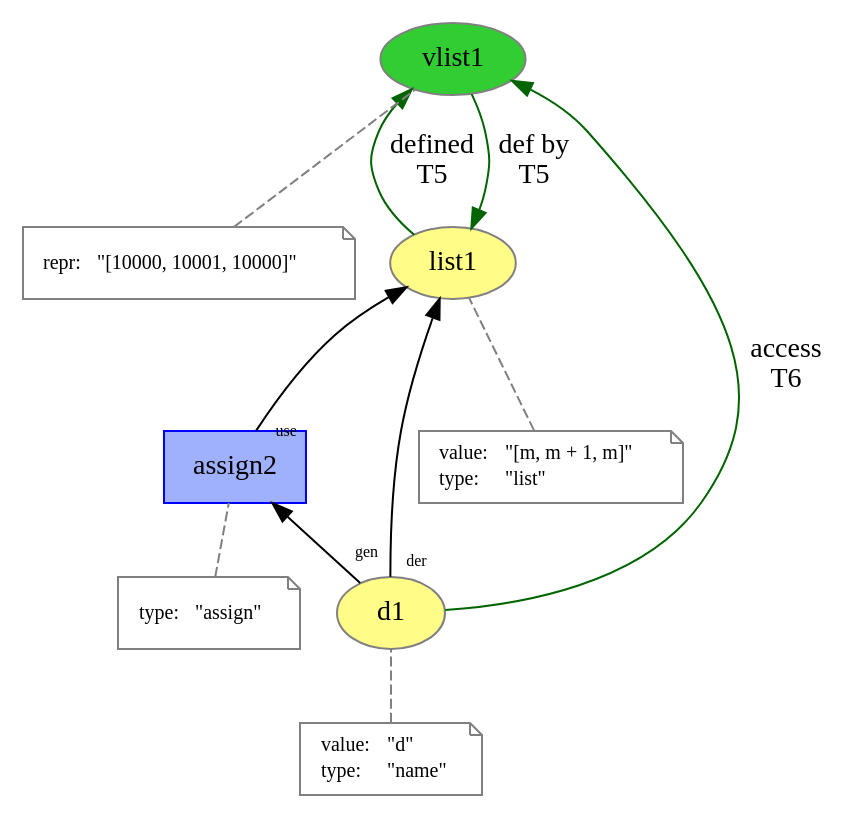
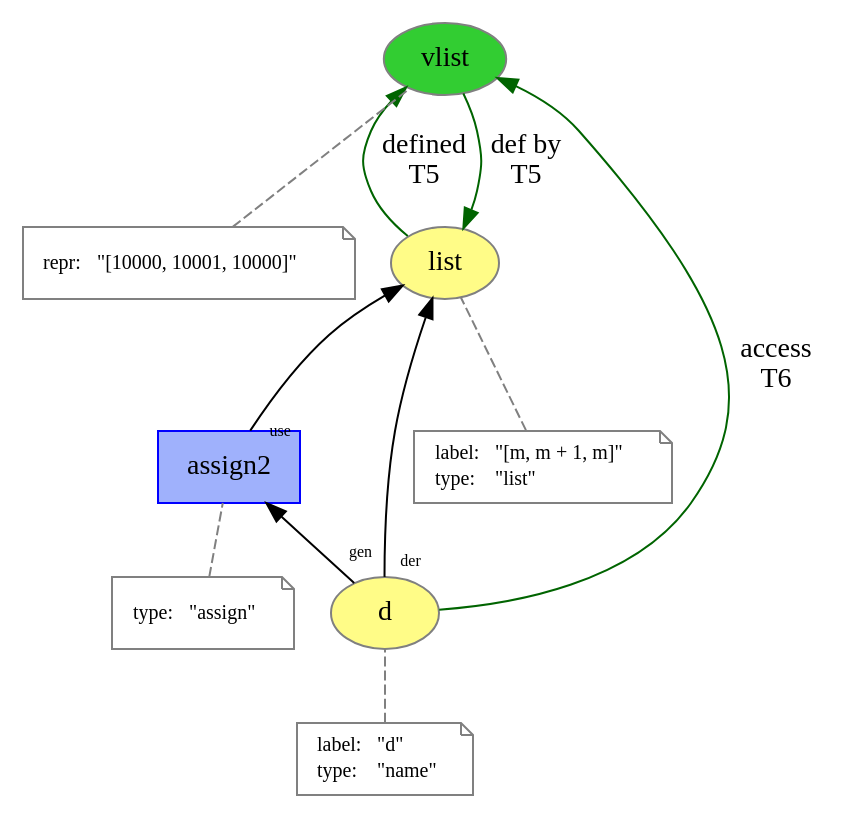
One commit to dew-uff/versioned-prov changed the diagram in mutable_prov/list_assign.dot. Above: the diagram before and after it, drawn with Graphviz. The commit also changed 46 other files, not shown here.

```diff
--- a/mutable_prov/list_assign.dot
+++ b/mutable_prov/list_assign.dot
@@ -1,51 +1,51 @@
 digraph "PROV" { size="16,12"; rankdir="BT";
-"http://example.org/list1" [fillcolor="#FFFC87",color="#808080",style="filled",label="list1",URL="http://example.org/list1"]
+"http://example.org/list" [fillcolor="#FFFC87",color="#808080",style="filled",label="list",URL="http://example.org/list"]
 "-attrs0" [color="gray",shape="note",fontsize="10",fontcolor="black",label=<<TABLE cellpadding="0" border="0">
 	<TR>
-	    <TD align="left">value:</TD>
+	    <TD align="left">label:</TD>
 	    <TD align="left">&quot;[m, m + 1, m]&quot;</TD>
 	</TR>
 	<TR>
 	    <TD align="left">type:</TD>
 	    <TD align="left">&quot;list&quot;</TD>
 	</TR>
 </TABLE>>]
-"-attrs0" -> "http://example.org/list1" [color="gray",style="dashed",arrowhead="none"]
-"http://example.org/vlist1" [fillcolor="#32CD32",color="#808080",style="filled",label="vlist1",URL="http://example.org/vlist1"]
+"-attrs0" -> "http://example.org/list" [color="gray",style="dashed",arrowhead="none"]
+"http://example.org/vlist" [fillcolor="#32CD32",color="#808080",style="filled",label="vlist",URL="http://example.org/vlist"]
 "-attrs1" [color="gray",shape="note",fontsize="10",fontcolor="black",label=<<TABLE cellpadding="0" border="0">
 	<TR>
 	    <TD align="left">repr:</TD>
 	    <TD align="left">&quot;[10000, 10001, 10000]&quot;</TD>
 	</TR>
 </TABLE>>]
-"-attrs1" -> "http://example.org/vlist1" [color="gray",style="dashed",arrowhead="none"]
-"http://example.org/list1" -> "http://example.org/vlist1" [labelfontsize="8",labeldistance="1.5",color="darkgreen",labelangle="60.0",rotation="20",label="defined
+"-attrs1" -> "http://example.org/vlist" [color="gray",style="dashed",arrowhead="none"]
+"http://example.org/list" -> "http://example.org/vlist" [labelfontsize="8",labeldistance="1.5",color="darkgreen",labelangle="60.0",rotation="20",label="defined
 T5"]
-"http://example.org/vlist1" -> "http://example.org/list1" [labelfontsize="8",labeldistance="1.5",color="darkgreen",labelangle="60.0",rotation="20",label="def by
+"http://example.org/vlist" -> "http://example.org/list" [labelfontsize="8",labeldistance="1.5",color="darkgreen",labelangle="60.0",rotation="20",label="def by
 T5"]
-"http://example.org/d1" [fillcolor="#FFFC87",color="#808080",style="filled",label="d1",URL="http://example.org/d1"]
+"http://example.org/d" [fillcolor="#FFFC87",color="#808080",style="filled",label="d",URL="http://example.org/d"]
 "-attrs2" [color="gray",shape="note",fontsize="10",fontcolor="black",label=<<TABLE cellpadding="0" border="0">
 	<TR>
-	    <TD align="left">value:</TD>
+	    <TD align="left">label:</TD>
 	    <TD align="left">&quot;d&quot;</TD>
 	</TR>
 	<TR>
 	    <TD align="left">type:</TD>
 	    <TD align="left">&quot;name&quot;</TD>
 	</TR>
 </TABLE>>]
-"-attrs2" -> "http://example.org/d1" [color="gray",style="dashed",arrowhead="none"]
-"http://example.org/d1" -> "http://example.org/vlist1" [labelfontsize="8",labeldistance="1.5",color="darkgreen",labelangle="60.0",rotation="20",label="access
+"-attrs2" -> "http://example.org/d" [color="gray",style="dashed",arrowhead="none"]
+"http://example.org/d" -> "http://example.org/vlist" [labelfontsize="8",labeldistance="1.5",color="darkgreen",labelangle="60.0",rotation="20",label="access
 T6"]
 "http://example.org/assign2" [fillcolor="#9FB1FC",color="#0000FF",shape="polygon",sides="4",style="filled",label="assign2",URL="http://example.org/assign2"]
 "-attrs3" [color="gray",shape="note",fontsize="10",fontcolor="black",label=<<TABLE cellpadding="0" border="0">
 	<TR>
 	    <TD align="left">type:</TD>
 	    <TD align="left">&quot;assign&quot;</TD>
 	</TR>
 </TABLE>>]
 "-attrs3" -> "http://example.org/assign2" [color="gray",style="dashed",arrowhead="none"]
-"http://example.org/assign2" -> "http://example.org/list1" [labelfontsize="8",labeldistance="1.5",labelangle="60.0",rotation="20",taillabel="use"]
-"http://example.org/d1" -> "http://example.org/assign2" [labelfontsize="8",labeldistance="1.5",labelangle="60.0",rotation="20",taillabel="gen"]
-"http://example.org/d1" -> "http://example.org/list1" [labelfontsize="8",labeldistance="1.5",labelangle="60.0",rotation="20",taillabel="der"]
+"http://example.org/assign2" -> "http://example.org/list" [labelfontsize="8",labeldistance="1.5",labelangle="60.0",rotation="20",taillabel="use"]
+"http://example.org/d" -> "http://example.org/assign2" [labelfontsize="8",labeldistance="1.5",labelangle="60.0",rotation="20",taillabel="gen"]
+"http://example.org/d" -> "http://example.org/list" [labelfontsize="8",labeldistance="1.5",labelangle="60.0",rotation="20",taillabel="der"]
 }
```
